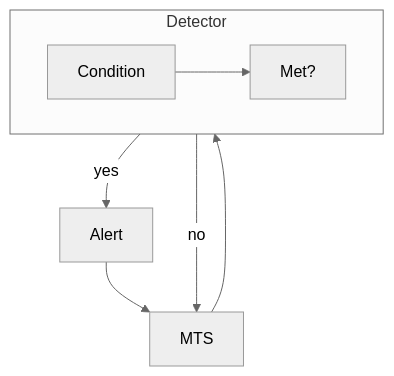
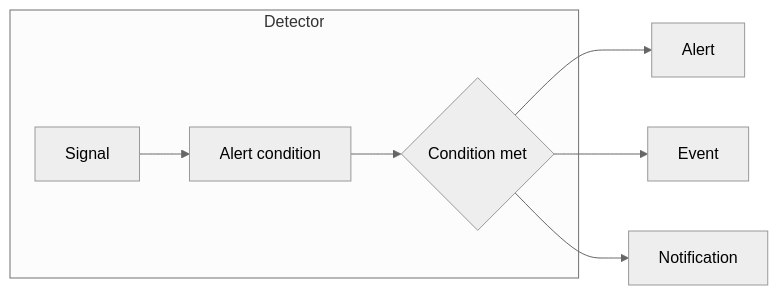
Before and after one commit to splunk/public-o11y-docs: the diagram in alerts-detectors-notifications/alerts-detectors-notifications.rst, drawn with Mermaid (neutral theme). The commit also changed other lines of this file, not shown here.

Commit message:
draft diagram

```diff
--- a/alerts-detectors-notifications/alerts-detectors-notifications.rst
+++ b/alerts-detectors-notifications/alerts-detectors-notifications.rst
@@ -124,12 +126,10 @@
 .. mermaid::
 
-  flowchart TB
-      direction LR
-      MTS --> Condition
-      subgraph Detector
-        direction LR
-        Condition --> Met?
-      end
-      Met? -- yes --> Alert
-      Met? -- no --> MTS
-      Alert --> MTS
+  flowchart LR
+    subgraph Detector
+    A[Signal] --> B[Alert condition]
+    B --> C{Condition met}
+    end
+    C --> Alert
+    C --> Event
+    C --> Notification
```
